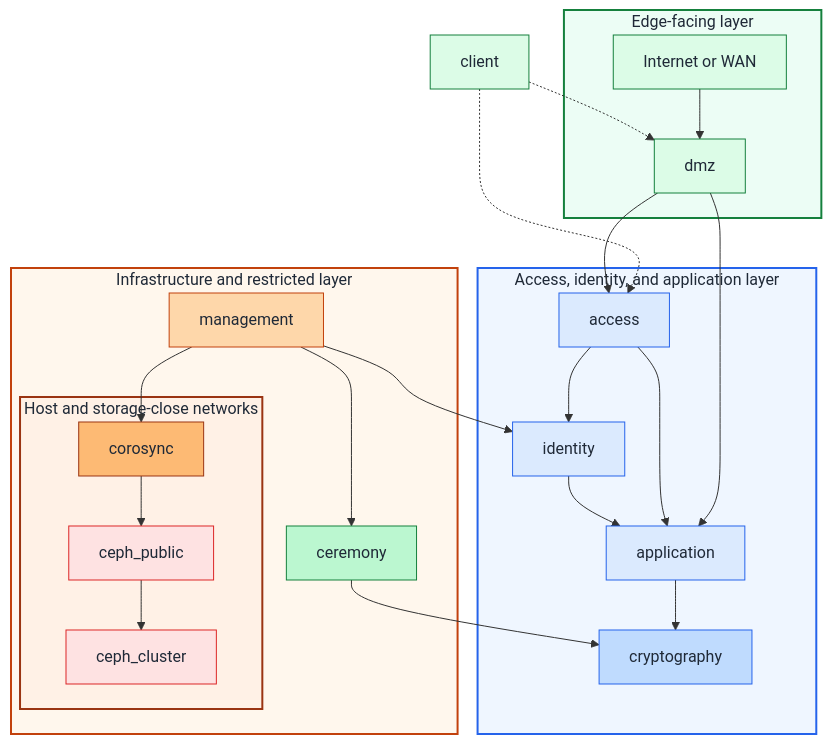
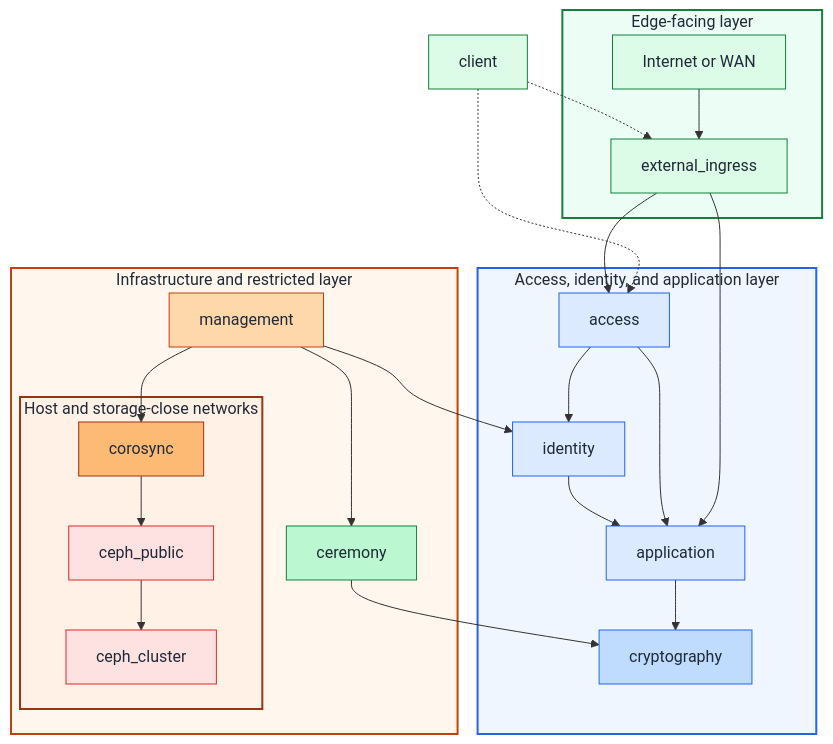
One commit to Rexus/homelab changed the diagram in docs/architecture/network-zones-and-iac-mapping.md. Above: the diagram before and after it, drawn with Mermaid. The commit also changed other lines of this file and 52 other files, not shown here.

````diff
--- a/docs/architecture/network-zones-and-iac-mapping.md
+++ b/docs/architecture/network-zones-and-iac-mapping.md
@@ -33,65 +33,65 @@
 ```mermaid
 flowchart TB
   Client[client]
 
   subgraph Edge["Edge-facing layer"]
     Internet[Internet or WAN]
-    DMZ[dmz]
-    Internet --> DMZ
+    ExternalIngress[external_ingress]
+    Internet --> ExternalIngress
   end
 
   subgraph App["Access, identity, and application layer"]
     Access[access]
     Identity[identity]
     Application[application]
     Cryptography[cryptography]
   end
 
   subgraph Infra["Infrastructure and restricted layer"]
     Mgmt[management]
     Ceremony[ceremony]
 
     subgraph Fabric["Host and storage-close networks"]
       Corosync[corosync]
       CephPublic[ceph_public]
       CephCluster[ceph_cluster]
     end
 
     Mgmt --> Corosync
     Corosync --> CephPublic
     CephPublic --> CephCluster
   end
 
-  Client -.-> DMZ
+  Client -.-> ExternalIngress
   Client -.-> Access
-  DMZ --> Access
-  DMZ --> Application
+  ExternalIngress --> Access
+  ExternalIngress --> Application
   Access --> Identity
   Access --> Application
   Identity --> Application
   Application --> Cryptography
   Mgmt --> Identity
   Mgmt --> Ceremony
   Ceremony --> Cryptography
 
   style Edge fill:#ecfdf5,stroke:#15803d,stroke-width:2px,color:#1f2937
   style App fill:#eff6ff,stroke:#2563eb,stroke-width:2px,color:#1f2937
   style Infra fill:#fff7ed,stroke:#c2410c,stroke-width:2px,color:#1f2937
   style Fabric fill:#fff1e6,stroke:#9a3412,stroke-width:2px,color:#1f2937
 
   classDef edgeNode fill:#dcfce7,stroke:#15803d,color:#1f2937
   classDef appNode fill:#dbeafe,stroke:#2563eb,color:#1f2937
   classDef gatewayNode fill:#bfdbfe,stroke:#2563eb,color:#1f2937
   classDef mgmtNode fill:#fed7aa,stroke:#c2410c,color:#1f2937
   classDef proxmoxNode fill:#fdba74,stroke:#9a3412,color:#1f2937
   classDef hsmNode fill:#bbf7d0,stroke:#15803d,color:#1f2937
   classDef cephNode fill:#fee2e2,stroke:#dc2626,color:#1f2937
 
-  class Client,Internet,DMZ edgeNode
+  class Client,Internet,ExternalIngress edgeNode
   class Access,Identity,Application appNode
   class Cryptography gatewayNode
   class Mgmt mgmtNode
   class Corosync proxmoxNode
   class Ceremony hsmNode
   class CephPublic,CephCluster cephNode
 ```
````
